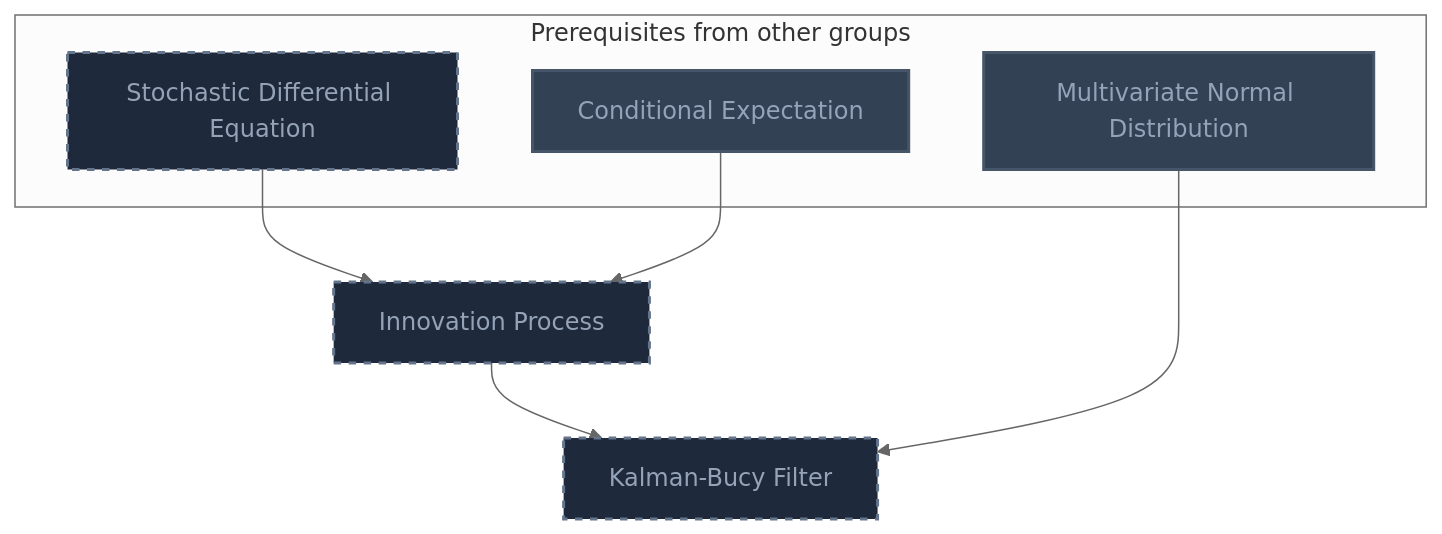
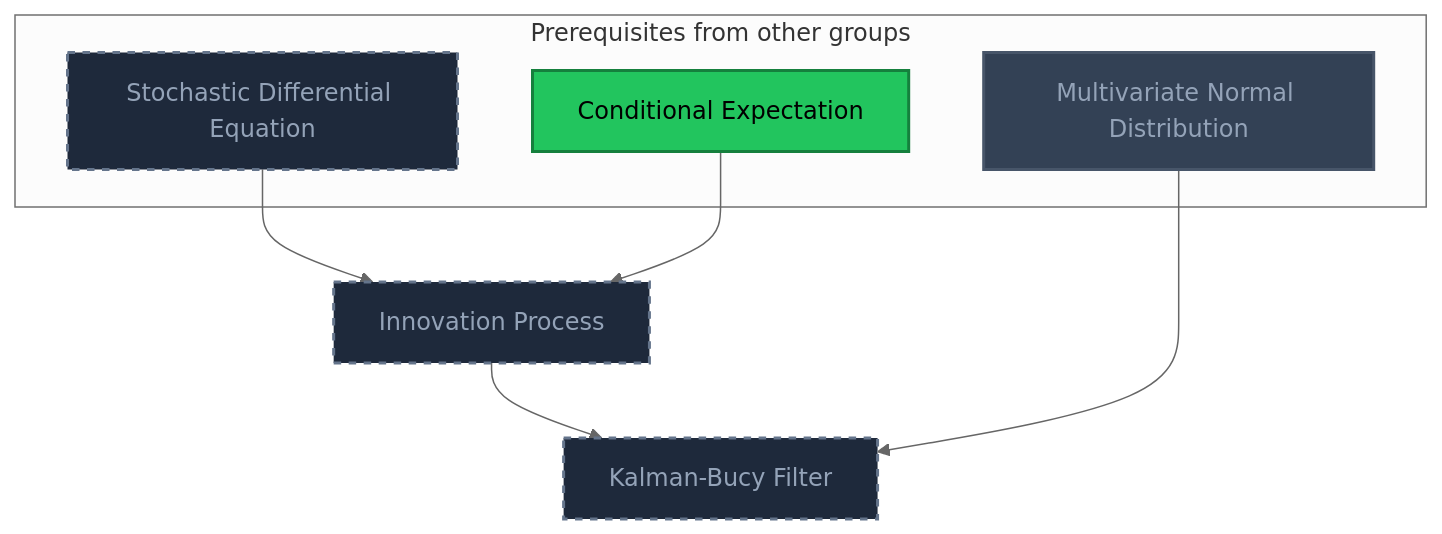
Before and after one commit to MRauf1/My-Notes: the fifth of 11 diagrams in Gamification/Skill Trees/Stochastic Differential Equations.md, drawn with Mermaid (neutral theme). The commit also changed other lines of this file and 42 other files, not shown here.

````diff
--- a/Gamification/Skill Trees/Stochastic Differential Equations.md
+++ b/Gamification/Skill Trees/Stochastic Differential Equations.md
@@ -166,26 +167,27 @@
 ```mermaid
 flowchart TD
     classDef planned fill:#1E293B,stroke:#64748B,stroke-width:2px,stroke-dasharray:5 5,color:#94A3B8;
     classDef locked fill:#334155,stroke:#475569,stroke-width:2px,color:#94A3B8;
     classDef L0 fill:#F1F5F9,stroke:#94A3B8,stroke-width:2px,color:#000000;
     classDef L1 fill:#22C55E,stroke:#15803D,stroke-width:2px,color:#000000;
     classDef L2 fill:#3B82F6,stroke:#1D4ED8,stroke-width:3px,color:#FFFFFF;
     classDef L3 fill:#A855F7,stroke:#6B21A8,stroke-width:3px,color:#FFFFFF,font-weight:bold;
     classDef L4 fill:#F97316,stroke:#C2410C,stroke-width:4px,color:#000000,font-weight:bold;
     classDef L5 fill:#FFD700,stroke:#FF8C00,stroke-width:5px,color:#000000,font-weight:bold;
     classDef rusty stroke:#8B4513,stroke-width:4px,stroke-dasharray:3 3;
     subgraph sg_prereqs["Prerequisites from other groups"]
         n_stochastic_differential_equation["Stochastic Differential Equation"]
         n_conditional_expectation["Conditional Expectation"]
         n_multivariate_normal_distribution["Multivariate Normal Distribution"]
     end
     n_innovation_process["Innovation Process"]
     n_kalman_bucy_filter["Kalman-Bucy Filter"]
     n_stochastic_differential_equation --> n_innovation_process
     n_conditional_expectation --> n_innovation_process
     n_innovation_process --> n_kalman_bucy_filter
     n_multivariate_normal_distribution --> n_kalman_bucy_filter
     class n_stochastic_differential_equation,n_innovation_process,n_kalman_bucy_filter planned;
-    class n_conditional_expectation,n_multivariate_normal_distribution locked;
+    class n_multivariate_normal_distribution locked;
+    class n_conditional_expectation L1;
     class n_conditional_expectation,n_multivariate_normal_distribution internal-link;
 ```
````
